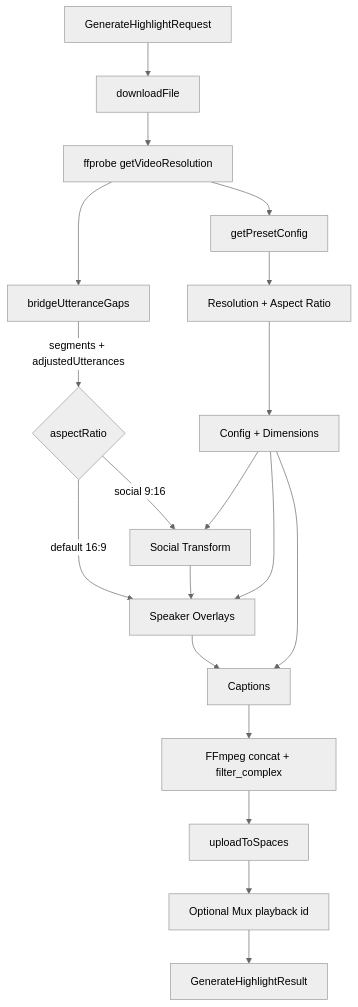
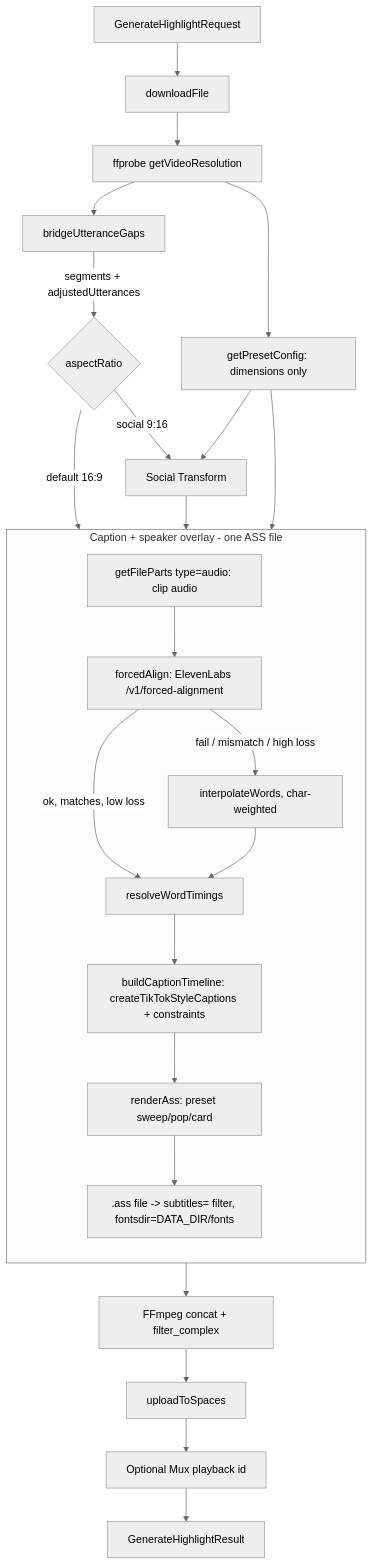
The first of 2 diagrams in docs/generateHighlight.md (schemalabz/opencouncil-tasks), drawn with Mermaid (neutral theme) before and after one commit. The commit also changed other lines of this file, not shown here.

First line of the commit message:
docs(highlight): document the ASS caption pipeline

````diff
--- a/docs/generateHighlight.md
+++ b/docs/generateHighlight.md
@@ -12,21 +14,27 @@
 ```mermaid
 flowchart TD
   A[GenerateHighlightRequest] --> B[downloadFile]
   B --> C[ffprobe getVideoResolution]
   C --> BG[bridgeUtteranceGaps]
-  BG --> |segments + adjustedUtterances| D{aspectRatio}
-  D -- default 16:9 --> E[Speaker Overlays]
-  D -- social 9:16 --> S[Social Transform] --> E
-  E --> F[Captions]
-  F --> G[FFmpeg concat + filter_complex]
+  BG -->|segments + adjustedUtterances| D{aspectRatio}
+  D -- default 16:9 --> P1
+  D -- social 9:16 --> SOC[Social Transform] --> P1
+  P6 --> G[FFmpeg concat + filter_complex]
   G --> H[uploadToSpaces]
   H --> I[Optional Mux playback id]
   I --> J[GenerateHighlightResult]
-  
-  C --> K[getPresetConfig]
-  K --> L[Resolution + Aspect Ratio]
-  L --> M[Config + Dimensions]
-  M --> S
-  M --> E
-  M --> F
+
+  C --> K[getPresetConfig: dimensions only]
+  K --> SOC
+  K --> P4
+
+  subgraph CAPTIONS[Caption + speaker overlay - one ASS file]
+    direction TB
+    P1[getFileParts type=audio: clip audio] --> P2[forcedAlign: ElevenLabs /v1/forced-alignment]
+    P2 -- ok, matches, low loss --> P3[resolveWordTimings]
+    P2 -- fail / mismatch / high loss --> P3W[interpolateWords, char-weighted] --> P3
+    P3 --> P4[buildCaptionTimeline: createTikTokStyleCaptions + constraints]
+    P4 --> P5[renderAss: preset sweep/pop/card]
+    P5 --> P6[.ass file -> subtitles= filter, fontsdir=DATA_DIR/fonts]
+  end
 ```
````
